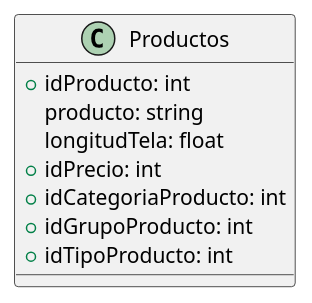
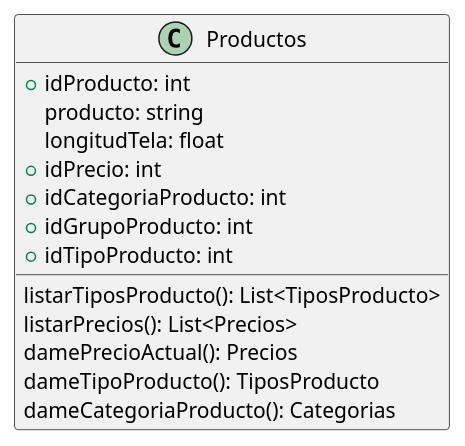
One commit to ZMGestion/DocumentacionZMGestion changed the diagram in DiagramaClases/Clases/Productos.puml. Above: the diagram before and after it, drawn with PlantUML. The commit also changed 49 other files, not shown here.

Commit message:
Nuevo metodos diagrama de clases

```diff
--- a/DiagramaClases/Clases/Productos.puml
+++ b/DiagramaClases/Clases/Productos.puml
@@ -1,11 +1,17 @@
 @startuml Productos
 class Productos{
     +idProducto: int
     producto: string
     longitudTela: float
     +idPrecio: int
     +idCategoriaProducto: int
     +idGrupoProducto: int
     +idTipoProducto: int
+
+    listarTiposProducto(): List<TiposProducto>
+    listarPrecios(): List<Precios>
+    damePrecioActual(): Precios
+    dameTipoProducto(): TiposProducto
+    dameCategoriaProducto(): Categorias
 }
 @enduml
```
